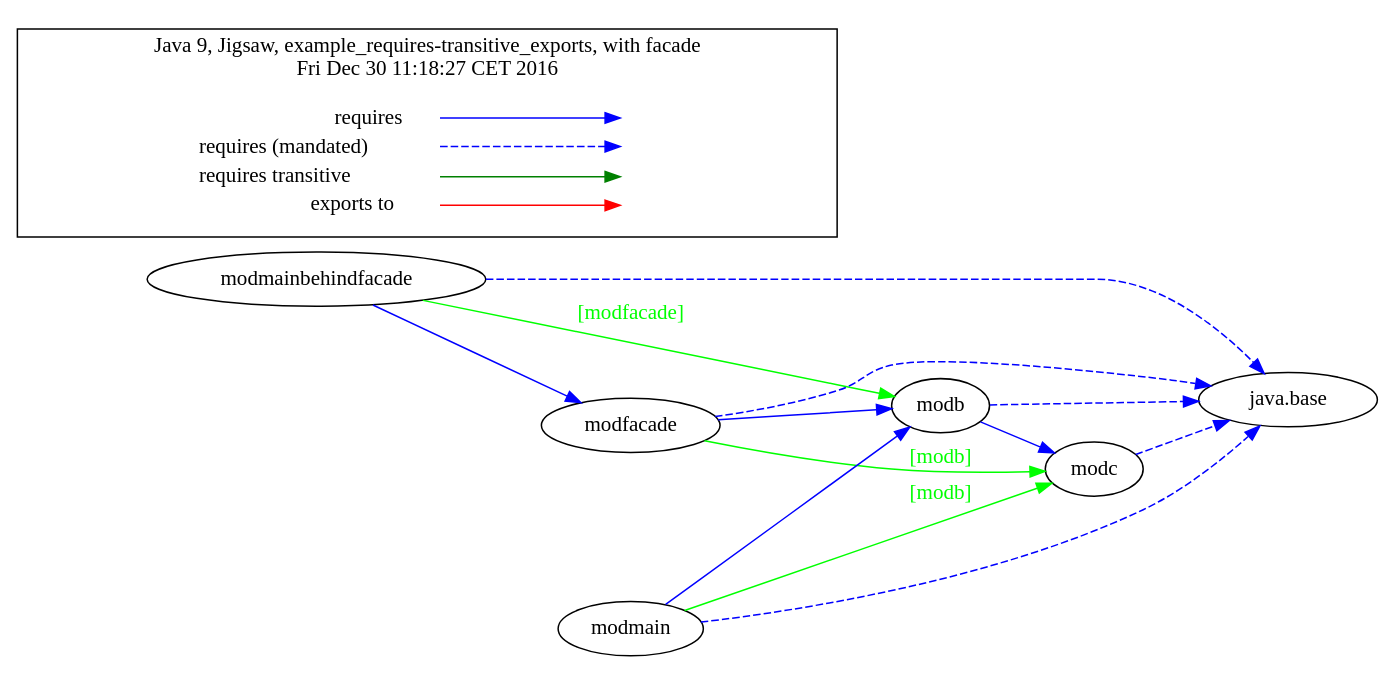
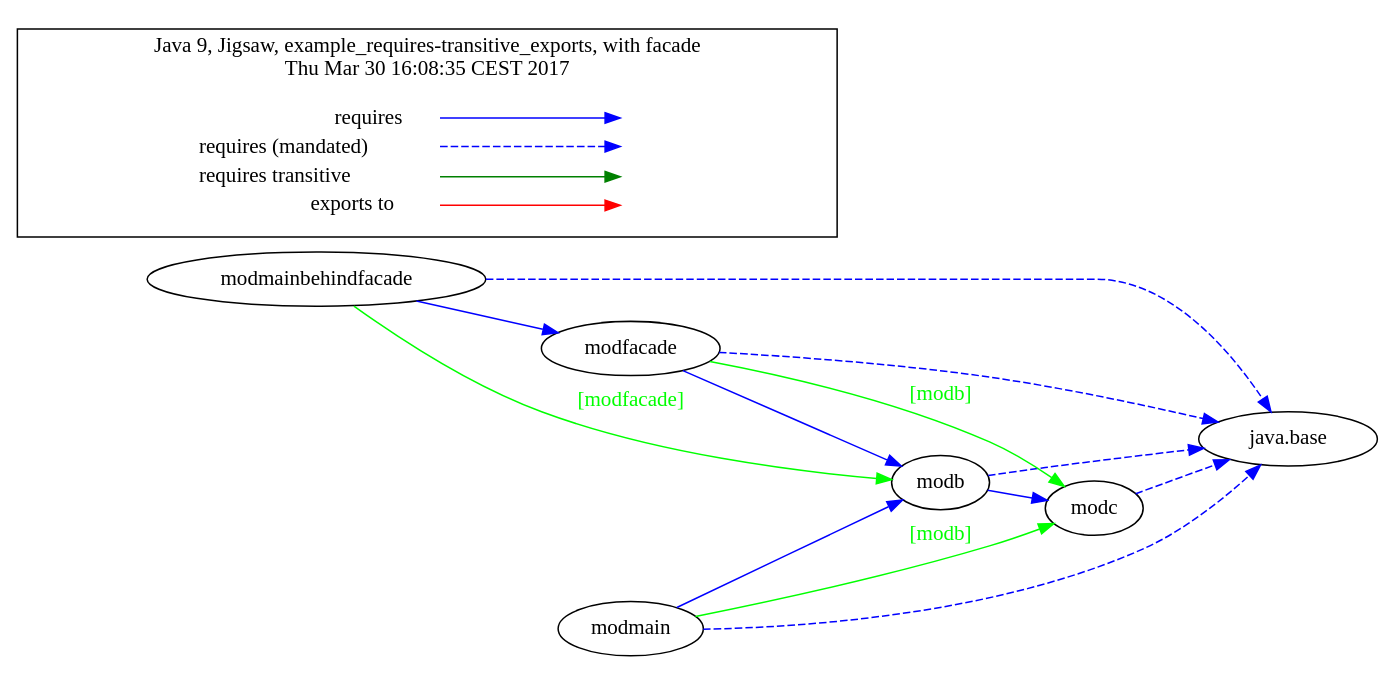
Before and after one commit to accso/java9-jigsaw-examples: the diagram in jigsaw-examples/example_requires-transitive_exports/moduledependencies-with-facade-withlegend.dot, drawn with Graphviz. The commit also changed 112 other files, not shown here.

```diff
--- a/jigsaw-examples/example_requires-transitive_exports/moduledependencies-with-facade-withlegend.dot
+++ b/jigsaw-examples/example_requires-transitive_exports/moduledependencies-with-facade-withlegend.dot
@@ -1,44 +1,44 @@
-# Created by depvis.JigsawDepVisualizer on Fri Dec 30 11:18:27 CET 2016
+# Created by depvis.JigsawDepVisualizer on Thu Mar 30 16:08:34 CEST 2017
 digraph Java9_Dependency_Visualizer {
-modmainbehindfacade[fontname="Consolas",shape="ellipse",label="modmainbehindfacade"];
-modfacade[fontname="Consolas",shape="ellipse",label="modfacade"];
+modc[fontname="Consolas",shape="ellipse",label="modc"];
 java_base[fontname="Consolas",shape="ellipse",label="java.base"];
 modb[fontname="Consolas",shape="ellipse",label="modb"];
+modfacade[fontname="Consolas",shape="ellipse",label="modfacade"];
 modmain[fontname="Consolas",shape="ellipse",label="modmain"];
-modc[fontname="Consolas",shape="ellipse",label="modc"];
+modmainbehindfacade[fontname="Consolas",shape="ellipse",label="modmainbehindfacade"];
+modc -> java_base[color="#0000ff",fontname="Consolas",fontcolor="#0000ff",style="dashed",weight="16"]
+modb -> modc[color="#0000ff",fontname="Consolas",fontcolor="#0000ff",weight="8"]
+modb -> java_base[color="#0000ff",fontname="Consolas",fontcolor="#0000ff",style="dashed",weight="16"]
+modfacade -> modb[color="#0000ff",fontname="Consolas",fontcolor="#0000ff",weight="8"]
+modfacade -> java_base[color="#0000ff",fontname="Consolas",fontcolor="#0000ff",style="dashed",weight="16"]
+modfacade -> modc[color="#00ff00",fontname="Consolas",fontcolor="#00ff00",weight="4",label="[modb]"]
+modmain -> modb[color="#0000ff",fontname="Consolas",fontcolor="#0000ff",weight="8"]
+modmain -> java_base[color="#0000ff",fontname="Consolas",fontcolor="#0000ff",style="dashed",weight="16"]
+modmain -> modc[color="#00ff00",fontname="Consolas",fontcolor="#00ff00",weight="4",label="[modb]"]
 modmainbehindfacade -> modfacade[color="#0000ff",fontname="Consolas",fontcolor="#0000ff",weight="8"]
 modmainbehindfacade -> java_base[color="#0000ff",fontname="Consolas",fontcolor="#0000ff",style="dashed",weight="16"]
 modmainbehindfacade -> modb[color="#00ff00",fontname="Consolas",fontcolor="#00ff00",weight="4",label="[modfacade]"]
-modmain -> modb[color="#0000ff",fontname="Consolas",fontcolor="#0000ff",weight="8"]
-modmain -> java_base[color="#0000ff",fontname="Consolas",fontcolor="#0000ff",style="dashed",weight="16"]
-modmain -> modc[color="#00ff00",fontname="Consolas",fontcolor="#00ff00",weight="4",label="[modb]"]
-modc -> java_base[color="#0000ff",fontname="Consolas",fontcolor="#0000ff",style="dashed",weight="16"]
-modfacade -> modb[color="#0000ff",fontname="Consolas",fontcolor="#0000ff",weight="8"]
-modfacade -> java_base[color="#0000ff",fontname="Consolas",fontcolor="#0000ff",style="dashed",weight="16"]
-modfacade -> modc[color="#00ff00",fontname="Consolas",fontcolor="#00ff00",weight="4",label="[modb]"]
-modb -> modc[color="#0000ff",fontname="Consolas",fontcolor="#0000ff",weight="8"]
-modb -> java_base[color="#0000ff",fontname="Consolas",fontcolor="#0000ff",style="dashed",weight="16"]
 rankdir=LR
 node [shape=plaintext]
 subgraph cluster_01 { 
   label = "Java 9, Jigsaw, example_requires-transitive_exports, with facade
-Fri Dec 30 11:18:27 CET 2016"
+Thu Mar 30 16:08:35 CEST 2017"
   fontname="Consolas"
   key [label=<<table border="0" cellpadding="2" cellspacing="0" cellborder="0">
     <tr><td align="right" port="i1">requires</td></tr>
     <tr><td align="right" port="i2">requires (mandated)</td></tr>
     <tr><td align="right" port="i3">requires transitive</td></tr>
     <tr><td align="right" port="i4">exports to</td></tr>
     </table>>,fontname="Consolas"]
   key2 [label=<<table border="0" cellpadding="2" cellspacing="0" cellborder="0">
     <tr><td port="i1">&nbsp;</td></tr>
     <tr><td port="i2">&nbsp;</td></tr>
     <tr><td port="i3">&nbsp;</td></tr>
     <tr><td port="i4">&nbsp;</td></tr>
     </table>>,fontname="Consolas"]
   key:i1:e -> key2:i1:w [color=BLUE]
   key:i2:e -> key2:i2:w [color=BLUE, style=dashed]
   key:i3:e -> key2:i3:w [color=GREEN]
   key:i4:e -> key2:i4:w [color=RED]
 }
 }
```
